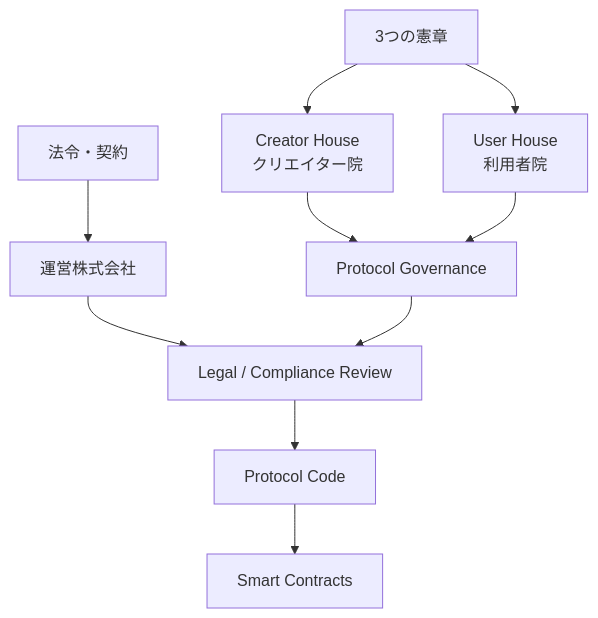
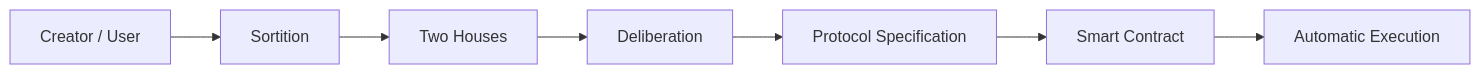
Before and after one commit to ShigeichiroYamasaki/creator-first-platform: the first of 23 diagrams in docs/whitepaper/07-governance.md, drawn with Mermaid. The commit also changed other lines of this file and 1 other file, not shown here.

````diff
--- a/docs/whitepaper/07-governance.md
+++ b/docs/whitepaper/07-governance.md
@@ -30,21 +15,12 @@
 ```mermaid
-flowchart TD
-    CONST[3つの憲章]
-    CH[Creator House<br/>クリエイター院]
-    UH[User House<br/>利用者院]
-    CORP[運営株式会社]
-    LAW[法令・契約]
+flowchart LR
+    COMMUNITY[Creator / User]
+    SORT[Sortition]
+    HOUSE[Two Houses]
+    DELIB[Deliberation]
+    SPEC[Protocol Specification]
+    CODE[Smart Contract]
+    EXEC[Automatic Execution]
 
-    CONST --> CH
-    CONST --> UH
-
-    CH --> GOV[Protocol Governance]
-    UH --> GOV
-
-    LAW --> CORP
-    CORP --> LEGAL[Legal / Compliance Review]
-
-    GOV --> LEGAL
-    LEGAL --> CODE[Protocol Code]
-    CODE --> SC[Smart Contracts]
+    COMMUNITY --> SORT --> HOUSE --> DELIB --> SPEC --> CODE --> EXEC
 ```
````
